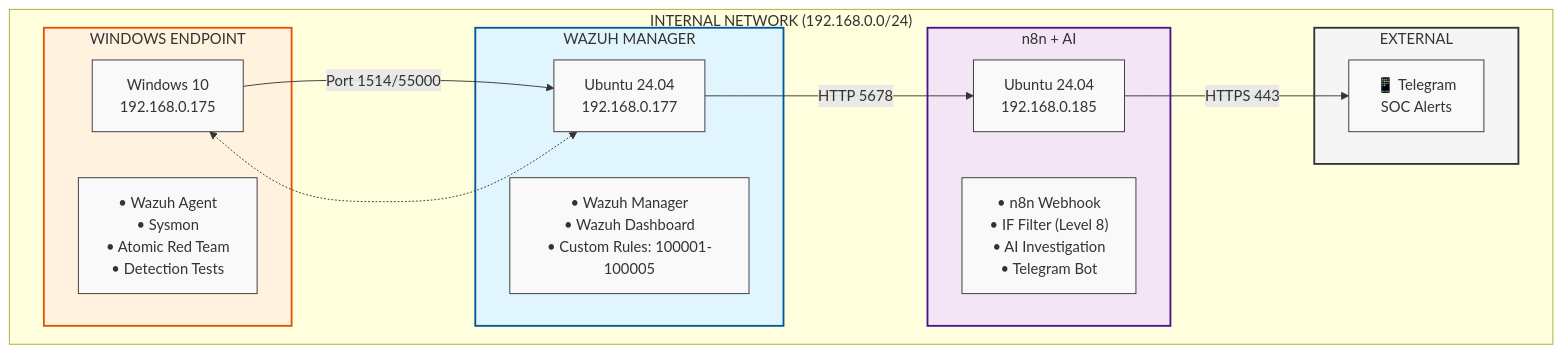
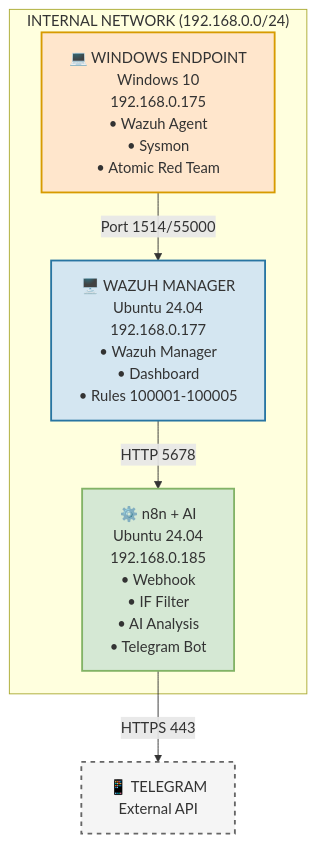
One commit to batmelodyvenisonpure/EnterpriseSOCPlatform-Wazuh-n8n-Telegram-Notification changed the diagram in 01-lab-setup.md. Above: the diagram before and after it, drawn with Mermaid.

````diff
--- a/01-lab-setup.md
+++ b/01-lab-setup.md
@@ -3,37 +3,22 @@
 ```mermaid
-graph TB
+graph TD
     subgraph "INTERNAL NETWORK (192.168.0.0/24)"
         
-        subgraph WAZUH["WAZUH MANAGER"]
-            style WAZUH fill:#e1f5fe,stroke:#01579b,stroke-width:2px
-            W1["Ubuntu 24.04<br/>192.168.0.177"]
-            W2["• Wazuh Manager<br/>• Wazuh Dashboard<br/>• Custom Rules: 100001-100005"]
-        end
+        WAZUH["🖥️ WAZUH MANAGER<br/>Ubuntu 24.04<br/>192.168.0.177<br/>• Wazuh Manager<br/>• Dashboard<br/>• Rules 100001-100005"]
         
-        subgraph N8N["n8n + AI"]
-            style N8N fill:#f3e5f5,stroke:#4a148c,stroke-width:2px
-            N1["Ubuntu 24.04<br/>192.168.0.185"]
-            N2["• n8n Webhook<br/>• IF Filter (Level 8)<br/>• AI Investigation<br/>• Telegram Bot"]
-        end
+        N8N["⚙️ n8n + AI<br/>Ubuntu 24.04<br/>192.168.0.185<br/>• Webhook<br/>• IF Filter<br/>• AI Analysis<br/>• Telegram Bot"]
         
-        subgraph WIN["WINDOWS ENDPOINT"]
-            style WIN fill:#fff3e0,stroke:#e65100,stroke-width:2px
-            W11["Windows 10<br/>192.168.0.175"]
-            W22["• Wazuh Agent<br/>• Sysmon<br/>• Atomic Red Team<br/>• Detection Tests"]
-        end
+        WIN["💻 WINDOWS ENDPOINT<br/>Windows 10<br/>192.168.0.175<br/>• Wazuh Agent<br/>• Sysmon<br/>• Atomic Red Team"]
         
-        subgraph EXT["EXTERNAL"]
-            style EXT fill:#f5f5f5,stroke:#333,stroke-width:2px
-            TELEGRAM["📱 Telegram<br/>SOC Alerts"]
-        end
-        
-        W11 -->|Port 1514/55000| W1
-        W1 -->|HTTP 5678| N1
-        N1 -->|HTTPS 443| TELEGRAM
-        
-        W1 <-.-> W11
-        
+        WIN -->|"Port 1514/55000"| WAZUH
+        WAZUH -->|"HTTP 5678"| N8N
     end
     
-    classDef default fill:#f9f9f9,stroke:#333,stroke-width:1px;
+    TELEGRAM["📱 TELEGRAM<br/>External API"]
+    N8N -->|"HTTPS 443"| TELEGRAM
+    
+    style WAZUH fill:#d4e6f1,stroke:#2875a2,stroke-width:2px
+    style N8N fill:#d5e8d4,stroke:#82b366,stroke-width:2px
+    style WIN fill:#ffe6cc,stroke:#d79b00,stroke-width:2px
+    style TELEGRAM fill:#f5f5f5,stroke:#666,stroke-width:2px,stroke-dasharray: 5 5
 ```
````
